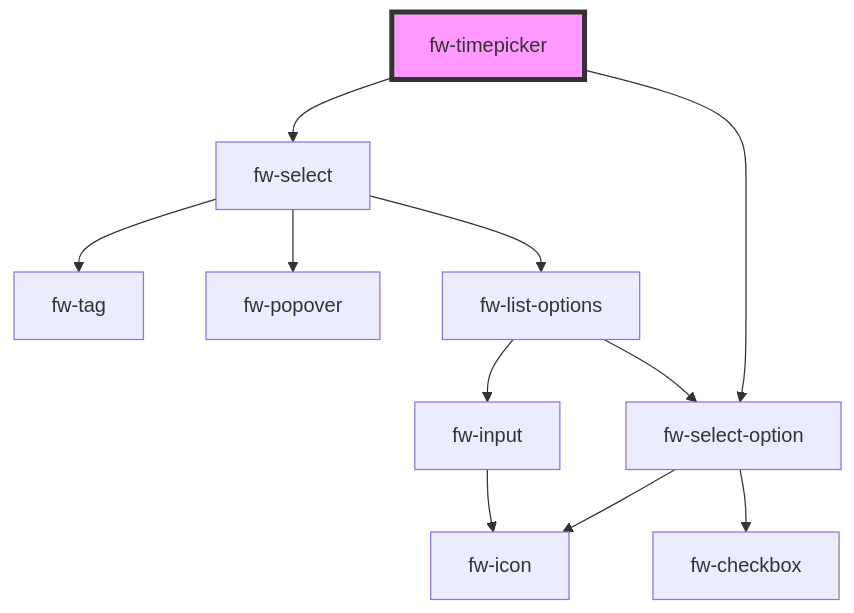
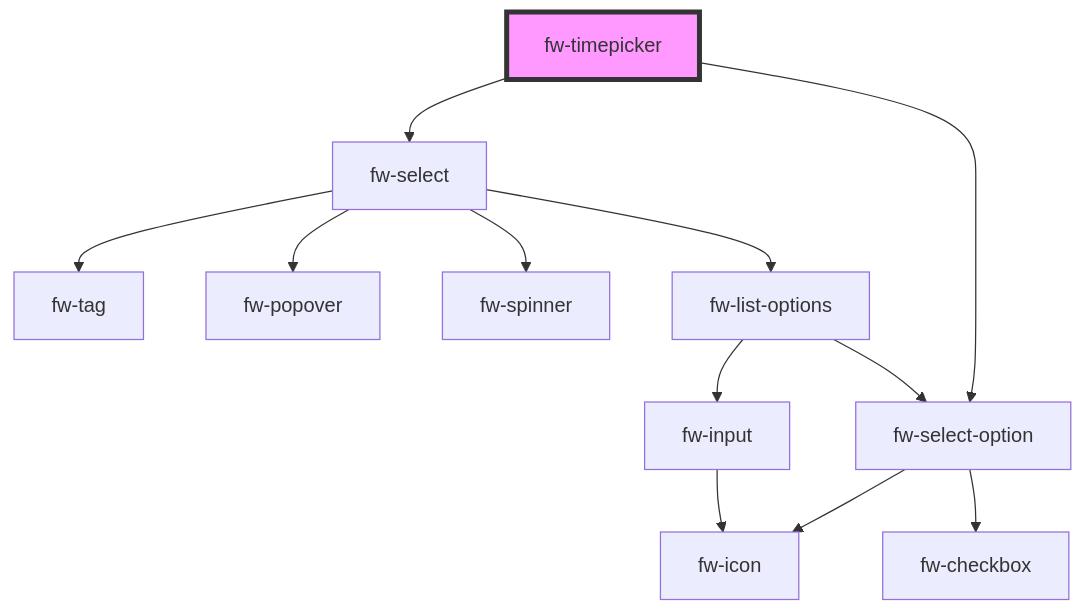
Before and after one commit to freshworks/crayons: the diagram in packages/crayons-core/src/components/timepicker/readme.md, drawn with Mermaid. The commit also changed 8 other files, not shown here.

Commit message:
feat(fw-select): added spinner for loading state and selectedOption

````diff
--- a/packages/crayons-core/src/components/timepicker/readme.md
+++ b/packages/crayons-core/src/components/timepicker/readme.md
@@ -68,14 +68,15 @@
 ```mermaid
 graph TD;
   fw-timepicker --> fw-select
   fw-timepicker --> fw-select-option
   fw-select --> fw-tag
   fw-select --> fw-popover
+  fw-select --> fw-spinner
   fw-select --> fw-list-options
   fw-list-options --> fw-select-option
   fw-list-options --> fw-input
   fw-select-option --> fw-icon
   fw-select-option --> fw-checkbox
   fw-input --> fw-icon
   style fw-timepicker fill:#f9f,stroke:#333,stroke-width:4px
 ```
````
